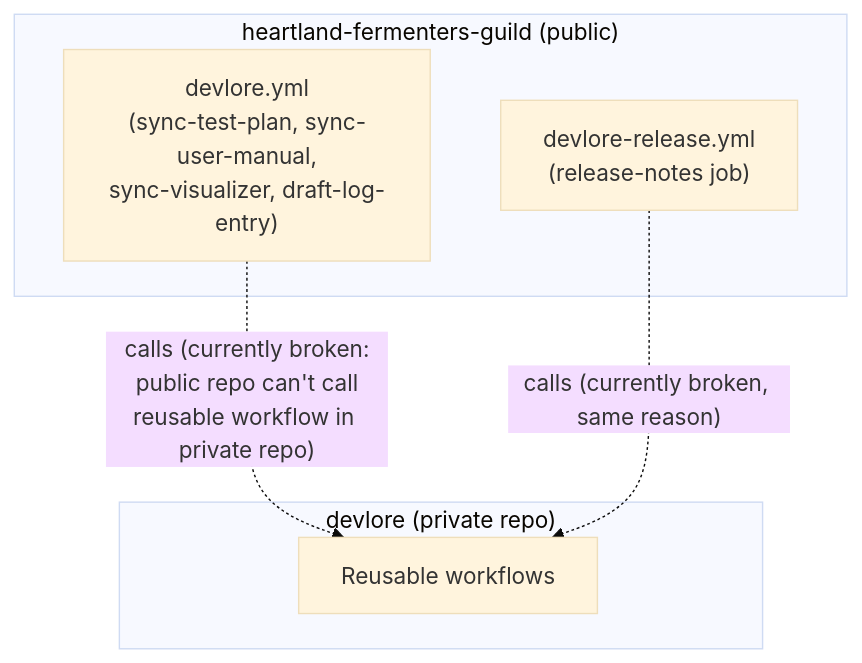
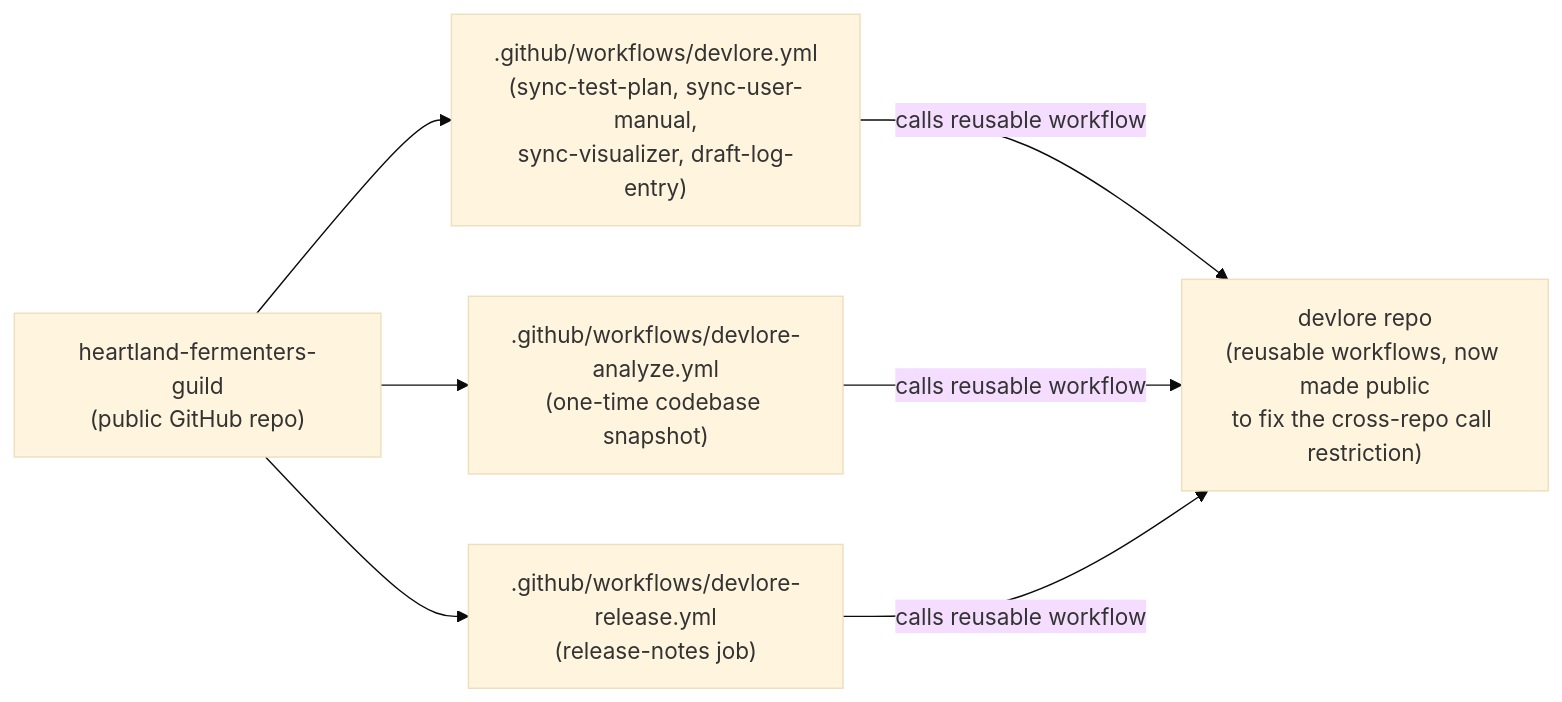
The third of 3 diagrams in docs/VISUALIZER.md (BubbaF377/heartland-fermenters-guild), drawn with Mermaid (base theme) before and after one commit. The commit also changed other lines of this file, not shown here.

Commit message:
Update visualizer (requirements changed): heartland-fermenters-guild

````diff
--- a/docs/VISUALIZER.md
+++ b/docs/VISUALIZER.md
@@ -63,14 +65,18 @@
 ```mermaid
-graph TD
-    subgraph ThisRepo["heartland-fermenters-guild (public)"]
-        DEVLORE_YML["devlore.yml<br/>(sync-test-plan, sync-user-manual,<br/>sync-visualizer, draft-log-entry)"]
-        RELEASE_YML["devlore-release.yml<br/>(release-notes job)"]
-    end
+graph LR
+    Repo["heartland-fermenters-guild<br/>(public GitHub repo)"]
 
-    subgraph DevloreRepo["devlore (private repo)"]
-        REUSABLE["Reusable workflows"]
-    end
+    DevloreYml[".github/workflows/devlore.yml<br/>(sync-test-plan, sync-user-manual,<br/>sync-visualizer, draft-log-entry)"]
+    AnalyzeYml[".github/workflows/devlore-analyze.yml<br/>(one-time codebase snapshot)"]
+    ReleaseYml[".github/workflows/devlore-release.yml<br/>(release-notes job)"]
 
-    DEVLORE_YML -.->|"calls (currently broken:\npublic repo can't call\nreusable workflow in private repo)"| REUSABLE
-    RELEASE_YML -.->|"calls (currently broken, same reason)"| REUSABLE
+    DevloreRepo["devlore repo<br/>(reusable workflows, now made public<br/>to fix the cross-repo call restriction)"]
+
+    Repo --> DevloreYml
+    Repo --> AnalyzeYml
+    Repo --> ReleaseYml
+
+    DevloreYml -->|calls reusable workflow| DevloreRepo
+    AnalyzeYml -->|calls reusable workflow| DevloreRepo
+    ReleaseYml -->|calls reusable workflow| DevloreRepo
 ```
````
